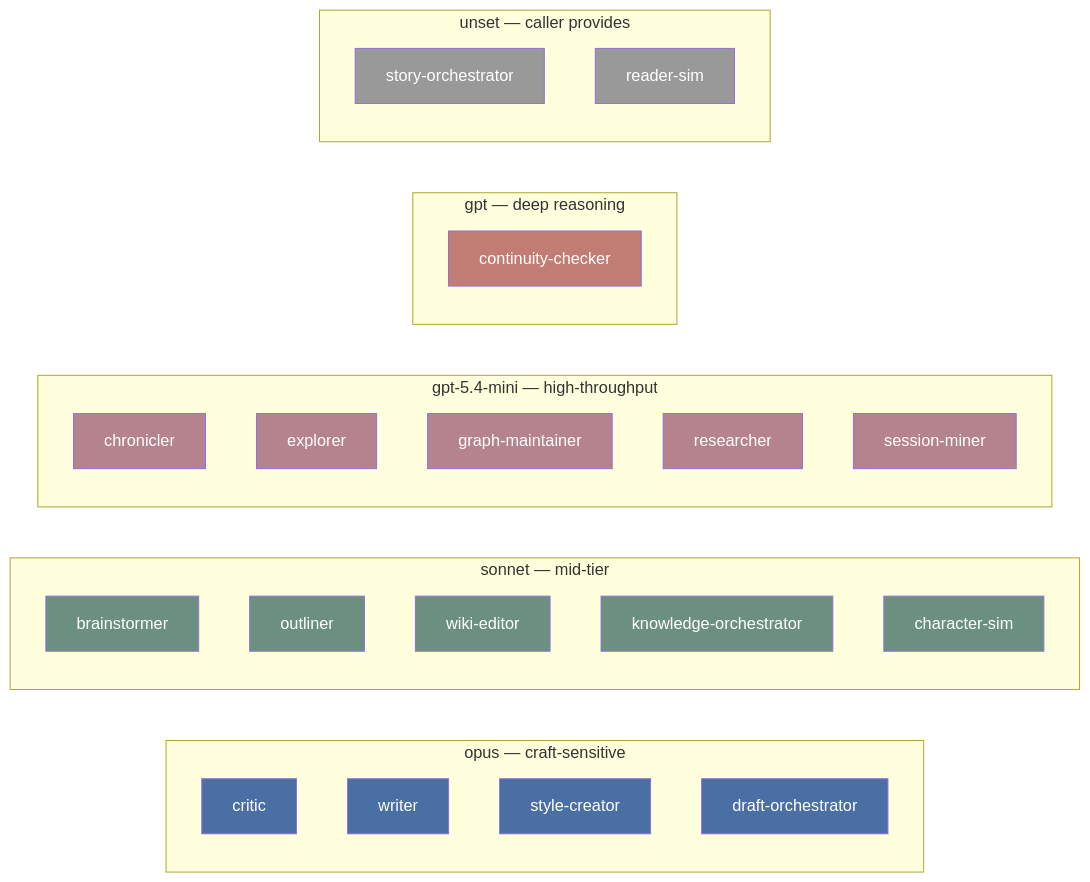
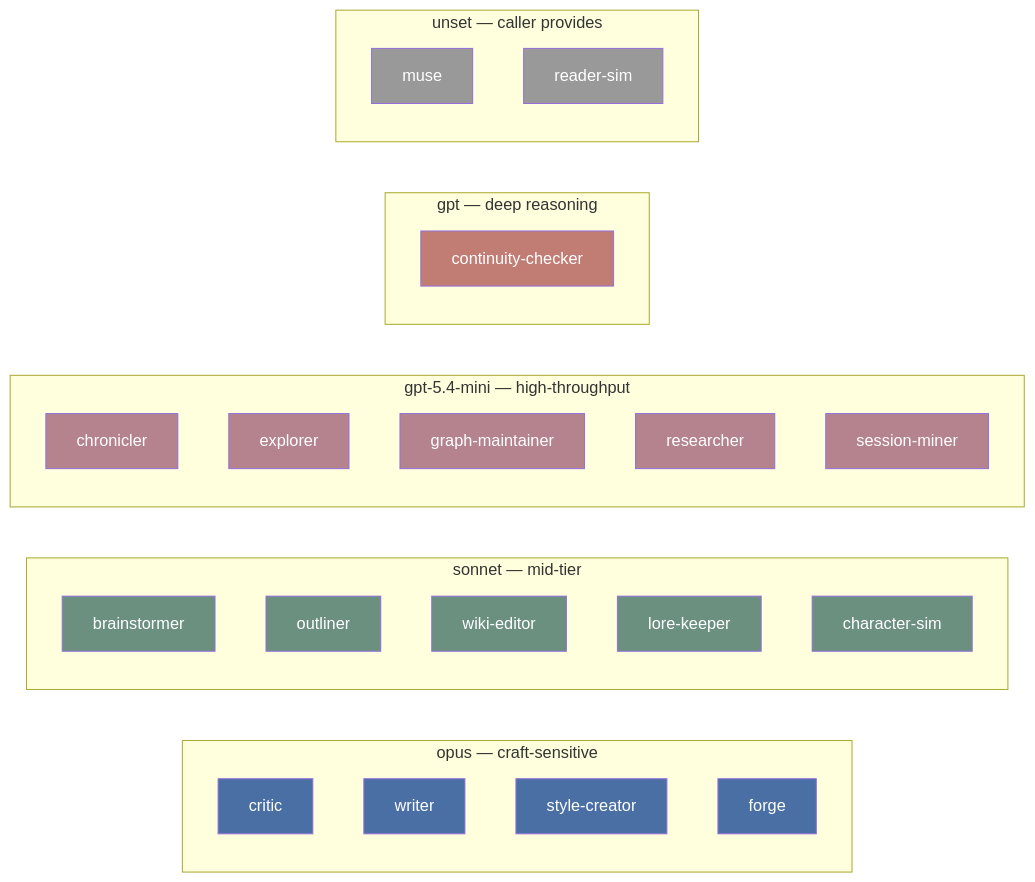
The third of 4 diagrams in docs/architecture.md (haowjy/creative-writing-skills), drawn with Mermaid before and after one commit. The commit also changed other lines of this file and 47 other files, not shown here.

````diff
--- a/docs/architecture.md
+++ b/docs/architecture.md
@@ -175,46 +188,46 @@
 ```mermaid
 graph LR
     subgraph "opus — craft-sensitive"
         CR[critic]
         WR[writer]
         SC[style-creator]
-        DO[draft-orchestrator]
+        DO[forge]
     end
 
     subgraph "sonnet — mid-tier"
         BS[brainstormer]
         OL[outliner]
         WE[wiki-editor]
-        KO[knowledge-orchestrator]
+        KO[lore-keeper]
         CS[character-sim]
     end
 
     subgraph "gpt-5.4-mini — high-throughput"
         CH[chronicler]
         EX[explorer]
         GM[graph-maintainer]
         RE[researcher]
         SM[session-miner]
     end
 
     subgraph "gpt — deep reasoning"
         CC[continuity-checker]
     end
 
     subgraph "unset — caller provides"
-        SO[story-orchestrator]
+        SO[muse]
         RS[reader-sim]
     end
 
     classDef opus fill:#4a6fa5,color:#fff
     classDef sonnet fill:#6b9080,color:#fff
     classDef mini fill:#b5838d,color:#fff
     classDef gpt fill:#c17c74,color:#fff
     classDef unset fill:#999,color:#fff
 
     class CR,WR,SC,DO opus
     class BS,OL,WE,KO,CS sonnet
     class CH,EX,GM,RE,SM mini
     class CC gpt
     class SO,RS unset
 ```
````
